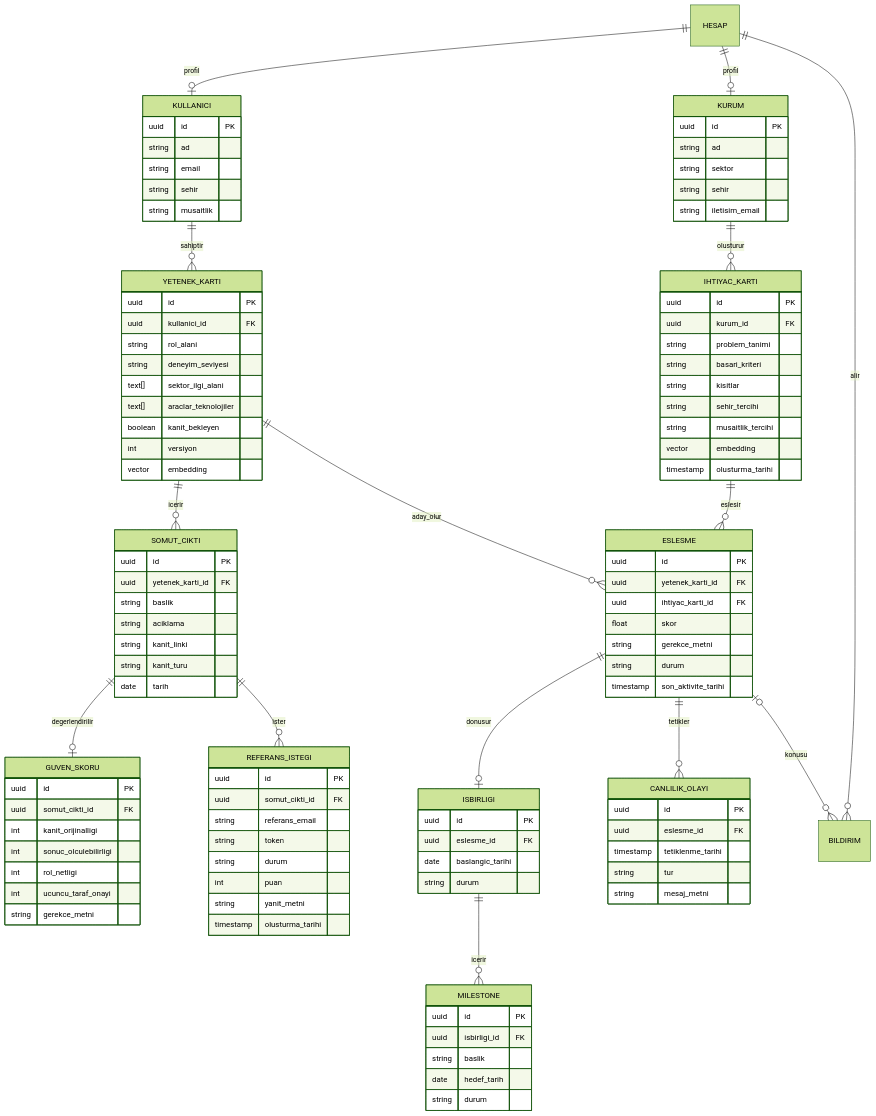
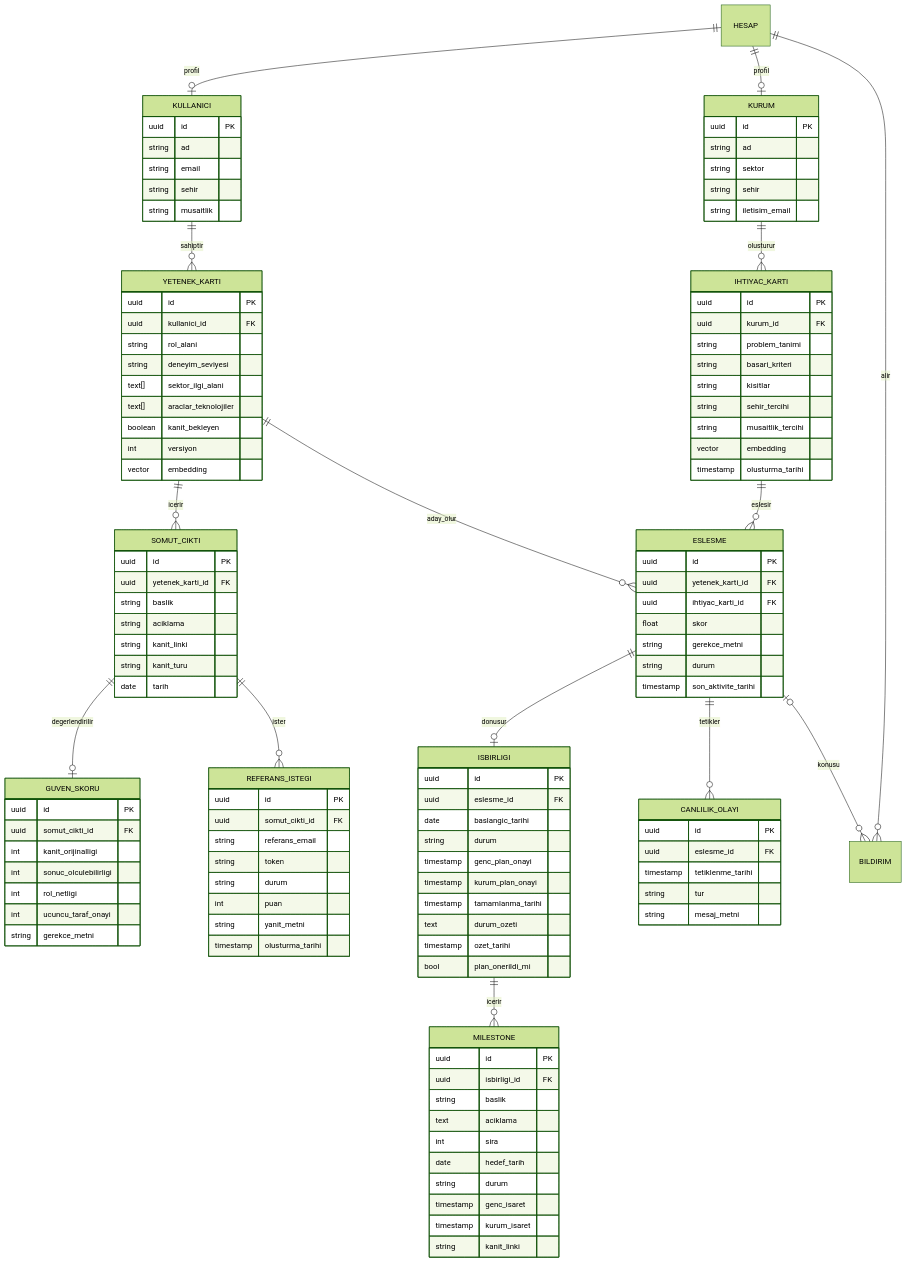
Before and after one commit to zuhrekorhn/Zemin360-Hackathon: the diagram in docs/data-schema.md, drawn with Mermaid (forest theme). The commit also changed other lines of this file and 6 other files, not shown here.

```diff
--- a/docs/data-schema.md
+++ b/docs/data-schema.md
@@ -97,13 +97,24 @@
     uuid eslesme_id FK
     date baslangic_tarihi
     string durum
+    timestamp genc_plan_onayi
+    timestamp kurum_plan_onayi
+    timestamp tamamlanma_tarihi
+    text durum_ozeti
+    timestamp ozet_tarihi
+    bool plan_onerildi_mi
   }
   MILESTONE {
     uuid id PK
     uuid isbirligi_id FK
     string baslik
+    text aciklama
+    int sira
     date hedef_tarih
     string durum
+    timestamp genc_isaret
+    timestamp kurum_isaret
+    string kanit_linki
   }
   CANLILIK_OLAYI {
     uuid id PK
```
